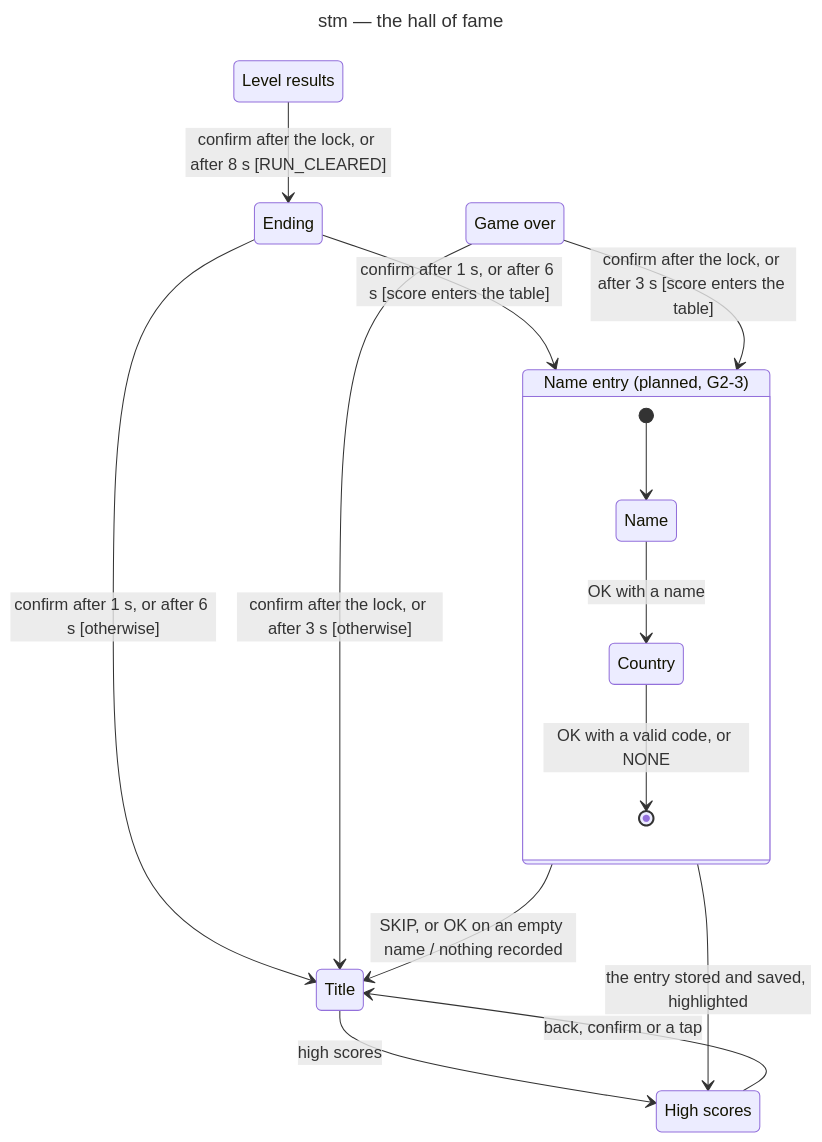
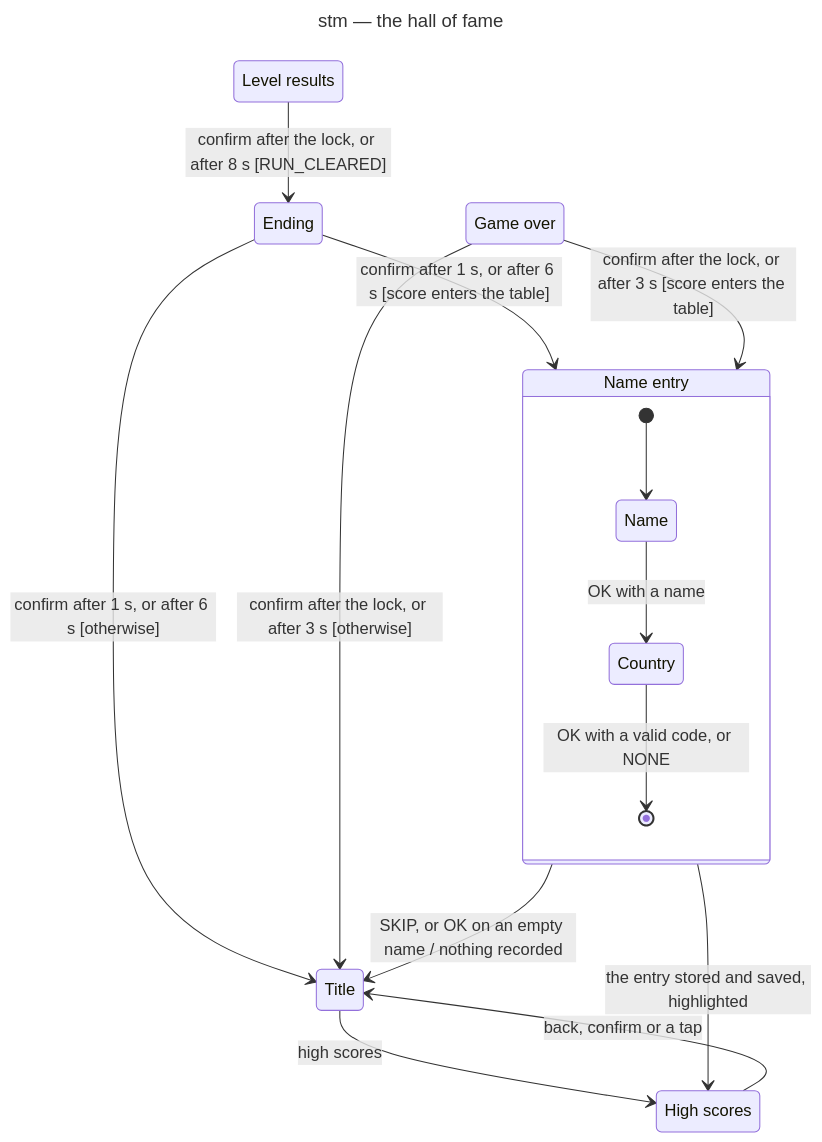
Before and after one commit to benoit-bremaud/retro-shmup: the third of 3 diagrams in docs/architecture/diagrams/meta/05-state-scenes.md, drawn with Mermaid. The commit also changed other lines of this file and 23 other files, not shown here.

First line of the commit message:
feat(ui): the name entry of the hall of fame (G2-3a) (#69)

````diff
--- a/docs/architecture/diagrams/meta/05-state-scenes.md
+++ b/docs/architecture/diagrams/meta/05-state-scenes.md
@@ -481,26 +481,26 @@
 ```mermaid
 ---
 title: stm — the hall of fame
 ---
 stateDiagram-v2
   state "Level results" as Results
   state "Game over" as GameOver
   state "Ending" as Ending
-  state "Name entry (planned, G2-3)" as NameEntry {
+  state "Name entry" as NameEntry {
     state "Name" as NameStep
     state "Country" as CountryStep
     [*] --> NameStep
     NameStep --> CountryStep : OK with a name
     CountryStep --> [*] : OK with a valid code, or NONE
   }
   NameEntry --> Title : SKIP, or OK on an empty name / nothing recorded
   state "High scores" as HighScores
   Results --> Ending : confirm after the lock, or after 8 s [RUN_CLEARED]
   Ending --> NameEntry : confirm after 1 s, or after 6 s [score enters the table]
   Ending --> Title : confirm after 1 s, or after 6 s [otherwise]
   GameOver --> NameEntry : confirm after the lock, or after 3 s [score enters the table]
   GameOver --> Title : confirm after the lock, or after 3 s [otherwise]
   NameEntry --> HighScores : the entry stored and saved, highlighted
   Title --> HighScores : high scores
   HighScores --> Title : back, confirm or a tap
 ```
````
